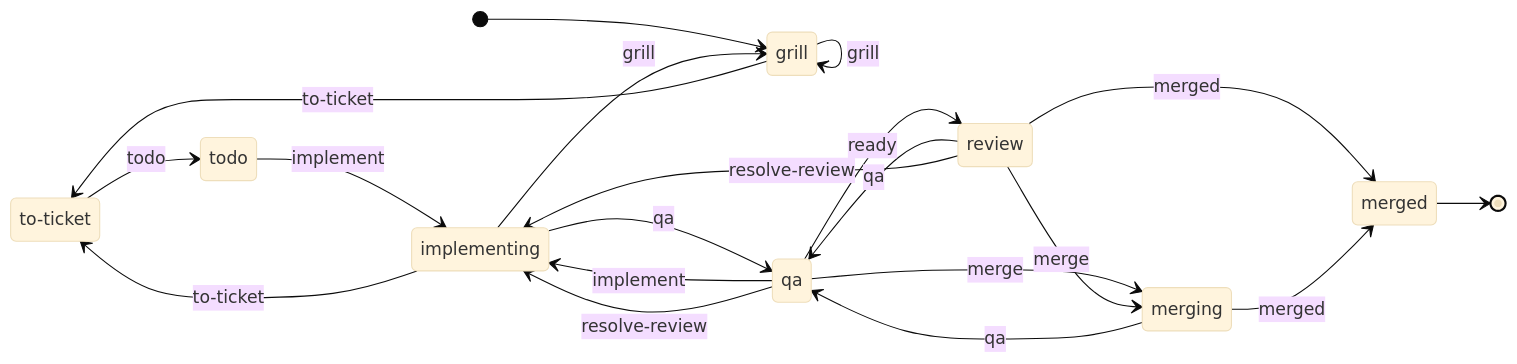
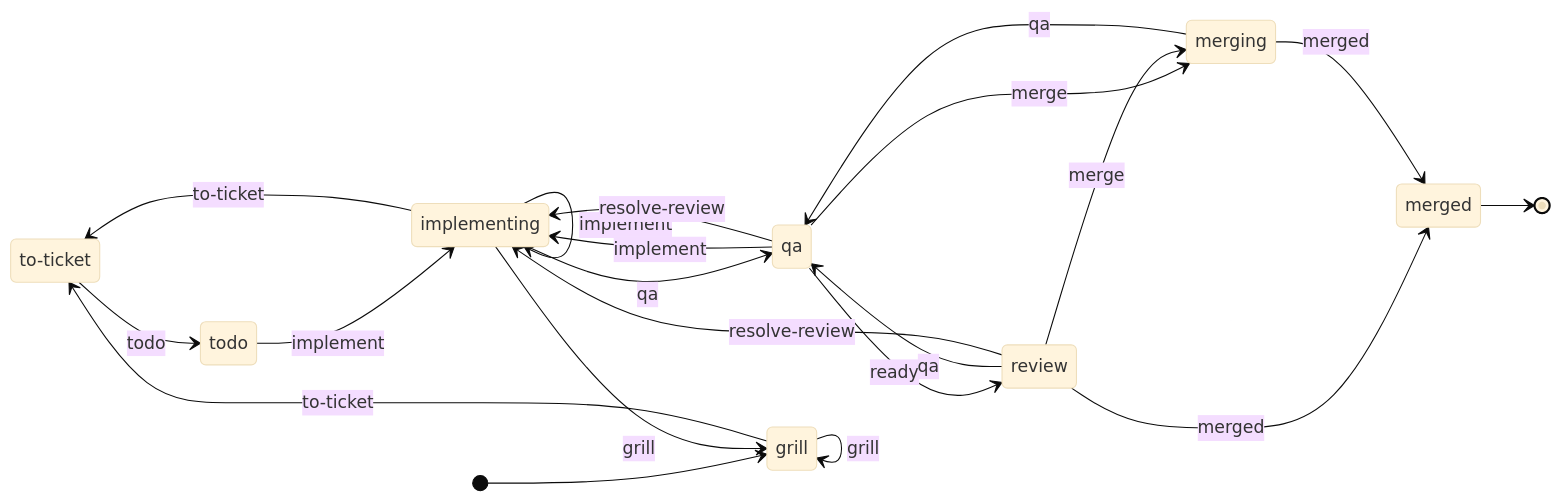
Before and after one commit to MartinBernstorff/mb-workflow: the diagram in apps/mb-workflow/docs/flow.md, drawn with Mermaid (base theme). The commit also changed 6 other files, not shown here.

````diff
--- a/apps/mb-workflow/docs/flow.md
+++ b/apps/mb-workflow/docs/flow.md
@@ -1,24 +1,25 @@
 ```mermaid
 stateDiagram-v2
     direction LR
     state "to-ticket" as to_ticket
     [*] --> grill
     merged --> [*]
     grill --> grill : grill
     grill --> to_ticket : to-ticket
     to_ticket --> todo : todo
     todo --> implementing : implement
     implementing --> grill : grill
     implementing --> to_ticket : to-ticket
+    implementing --> implementing : implement
     implementing --> qa : qa
     qa --> implementing : implement
     qa --> review : ready
     qa --> merging : merge
     qa --> implementing : resolve-review
     review --> qa : qa
     review --> merging : merge
     review --> merged : merged
     review --> implementing : resolve-review
     merging --> qa : qa
     merging --> merged : merged
 ```
````
